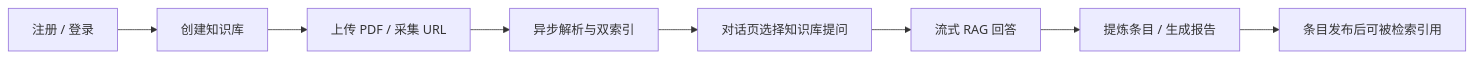
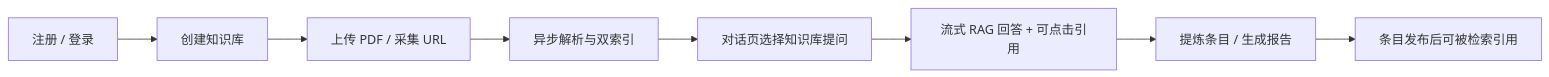
Before and after one commit to panderBother/ScholarMind: the diagram in README.md, drawn with Mermaid. The commit also changed other lines of this file and 135 other files, not shown here.

````diff
--- a/README.md
+++ b/README.md
@@ -70,10 +70,10 @@
 ```mermaid
 flowchart LR
   A[注册 / 登录] --> B[创建知识库]
   B --> C[上传 PDF / 采集 URL]
   C --> D[异步解析与双索引]
   D --> E[对话页选择知识库提问]
-  E --> F[流式 RAG 回答]
+  E --> F[流式 RAG 回答 + 可点击引用]
   F --> G[提炼条目 / 生成报告]
   G --> H[条目发布后可被检索引用]
 ```
````
